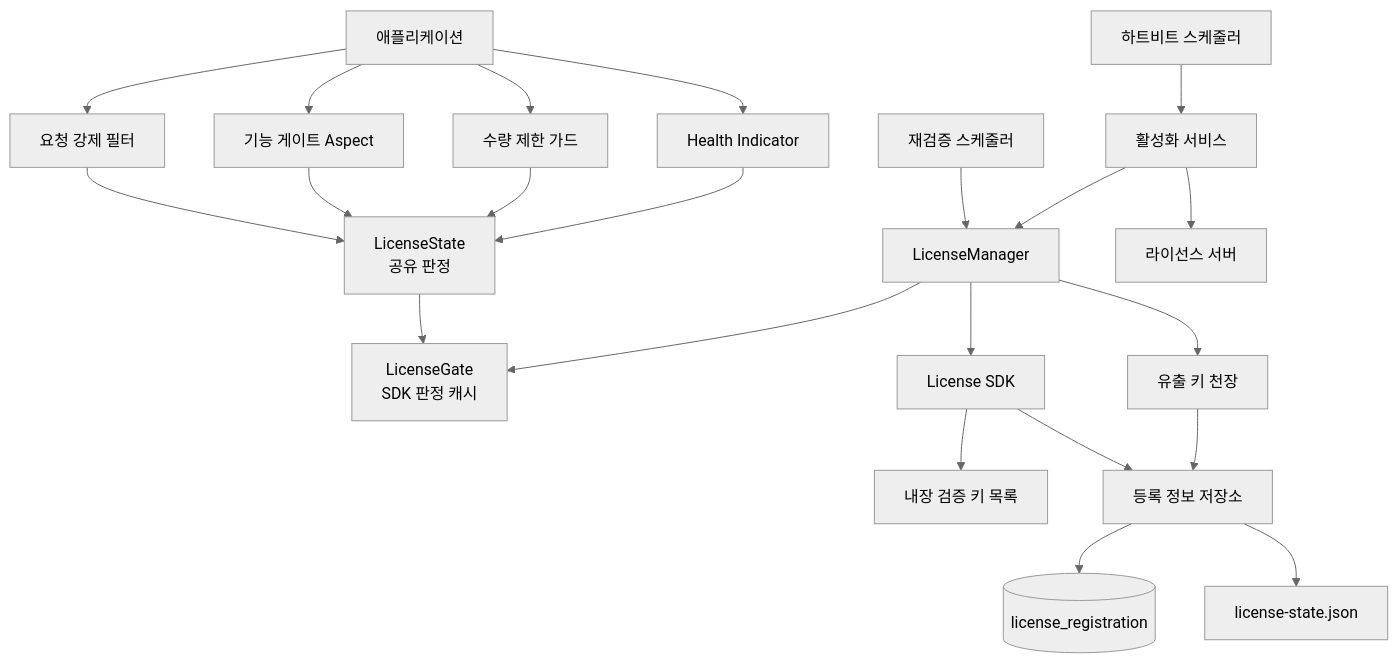
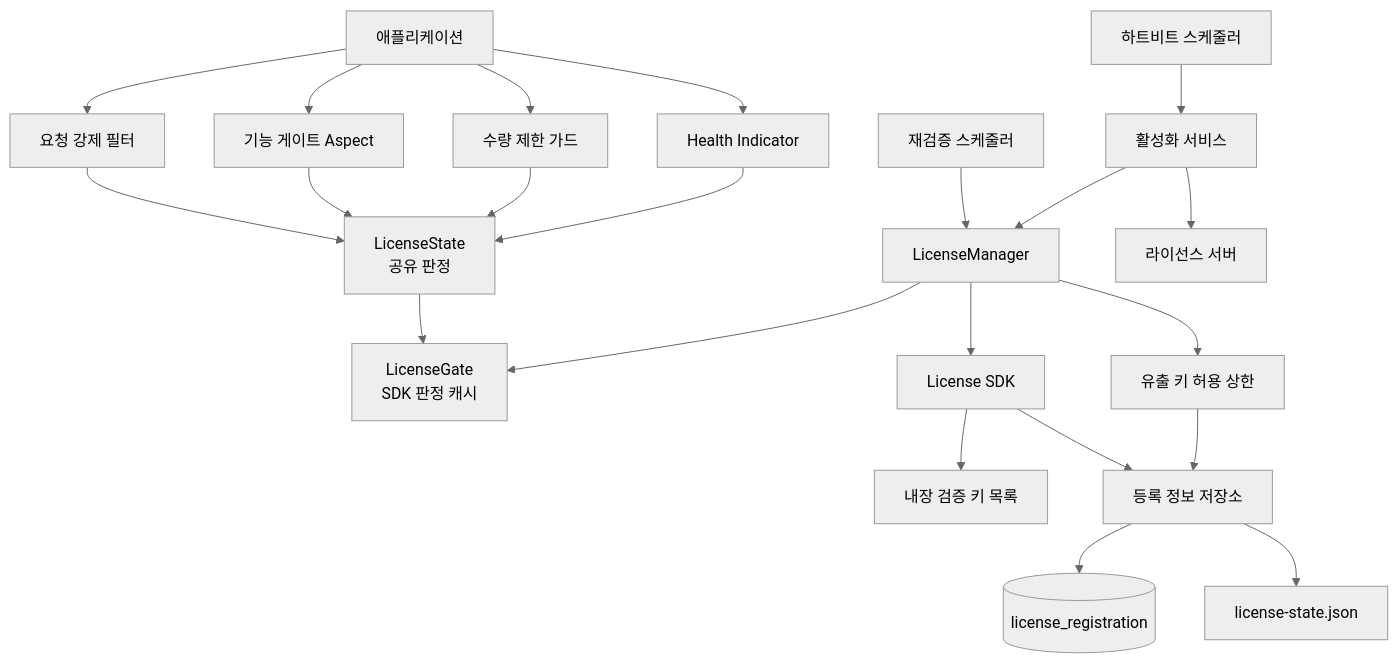
One commit to simplecore-inc/simplix changed the first of 3 diagrams in simplix-license/docs/ko/overview.md. Above: the diagram before and after it, drawn with Mermaid (neutral theme). The commit also changed other lines of this file and 5 other files, not shown here.

````diff
--- a/simplix-license/docs/ko/overview.md
+++ b/simplix-license/docs/ko/overview.md
@@ -34,28 +34,28 @@
 ```mermaid
 flowchart TD
     APP[애플리케이션] --> FILTER[요청 강제 필터]
     APP --> ASPECT[기능 게이트 Aspect]
     APP --> GUARD[수량 제한 가드]
     APP --> HEALTH[Health Indicator]
 
     FILTER --> STATE[LicenseState<br/>공유 판정]
     ASPECT --> STATE
     GUARD --> STATE
     HEALTH --> STATE
 
     STATE --> GATE[LicenseGate<br/>SDK 판정 캐시]
     MANAGER[LicenseManager] --> GATE
     MANAGER --> SDK[License SDK]
-    MANAGER --> CEIL[유출 키 천장]
+    MANAGER --> CEIL[유출 키 허용 상한]
     SDK --> KEY[내장 검증 키 목록]
     SDK --> STORE[등록 정보 저장소]
 
     CEIL --> STORE
     STORE --> JPA[(license_registration)]
     STORE --> FILE[license-state.json]
 
     SCHED[재검증 스케줄러] --> MANAGER
     HB[하트비트 스케줄러] --> ACT[활성화 서비스]
     ACT --> MANAGER
     ACT --> SERVER[라이선스 서버]
 ```
````
